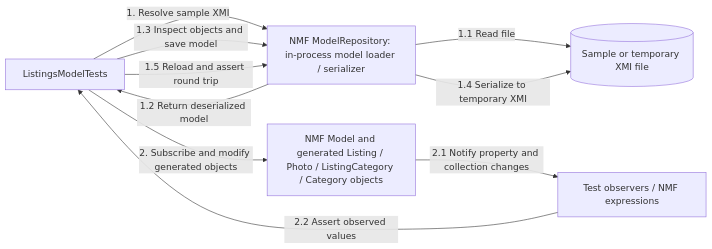
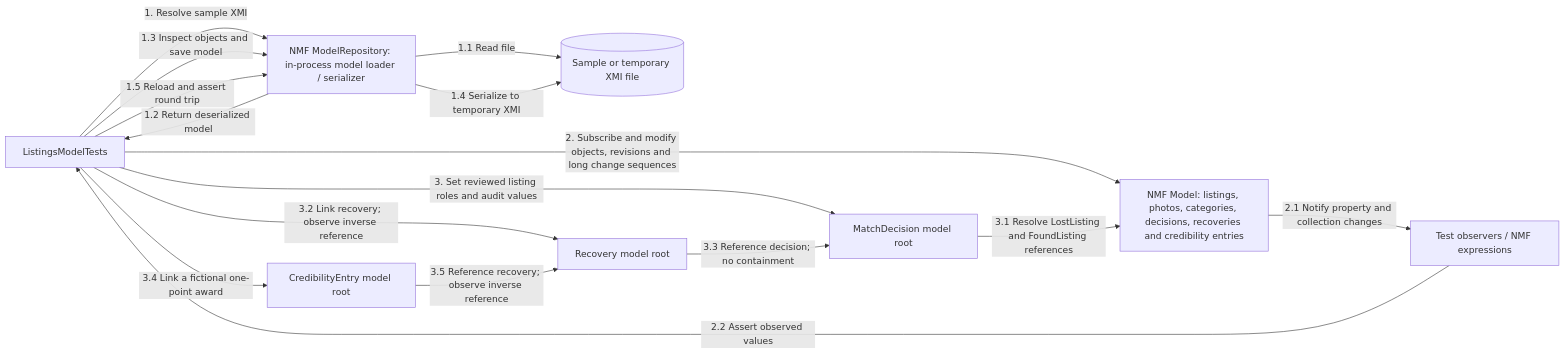
The first of 2 diagrams in src/Services/Listings/COMMUNICATION.md (bogdan-spilevoi/ASET-master-year-1), drawn with Mermaid before and after one commit. The commit also changed other lines of this file and 37 other files, not shown here.

````diff
--- a/src/Services/Listings/COMMUNICATION.md
+++ b/src/Services/Listings/COMMUNICATION.md
@@ -13,18 +13,27 @@
 ```mermaid
 flowchart LR
     Tests["ListingsModelTests"]
     Repository["NMF ModelRepository: in-process model loader / serializer"]
     XMI[("Sample or temporary XMI file")]
-    Model["NMF Model and generated Listing / Photo / ListingCategory / Category objects"]
+    Model["NMF Model: listings, photos, categories, decisions, recoveries and credibility entries"]
     Observer["Test observers / NMF expressions"]
+    Decision["MatchDecision model root"]
+    Recovery["Recovery model root"]
+    Award["CredibilityEntry model root"]
 
     Tests -->|"1. Resolve sample XMI"| Repository
     Repository -->|"1.1 Read file"| XMI
     Repository -->|"1.2 Return deserialized model"| Tests
     Tests -->|"1.3 Inspect objects and save model"| Repository
     Repository -->|"1.4 Serialize to temporary XMI"| XMI
     Tests -->|"1.5 Reload and assert round trip"| Repository
-    Tests -->|"2. Subscribe and modify generated objects"| Model
+    Tests -->|"2. Subscribe and modify objects, revisions and long change sequences"| Model
     Model -->|"2.1 Notify property and collection changes"| Observer
     Observer -->|"2.2 Assert observed values"| Tests
+    Tests -->|"3. Set reviewed listing roles and audit values"| Decision
+    Decision -->|"3.1 Resolve LostListing and FoundListing references"| Model
+    Tests -->|"3.2 Link recovery; observe inverse reference"| Recovery
+    Recovery -->|"3.3 Reference decision; no containment"| Decision
+    Tests -->|"3.4 Link a fictional one-point award"| Award
+    Award -->|"3.5 Reference recovery; observe inverse reference"| Recovery
 ```
````
